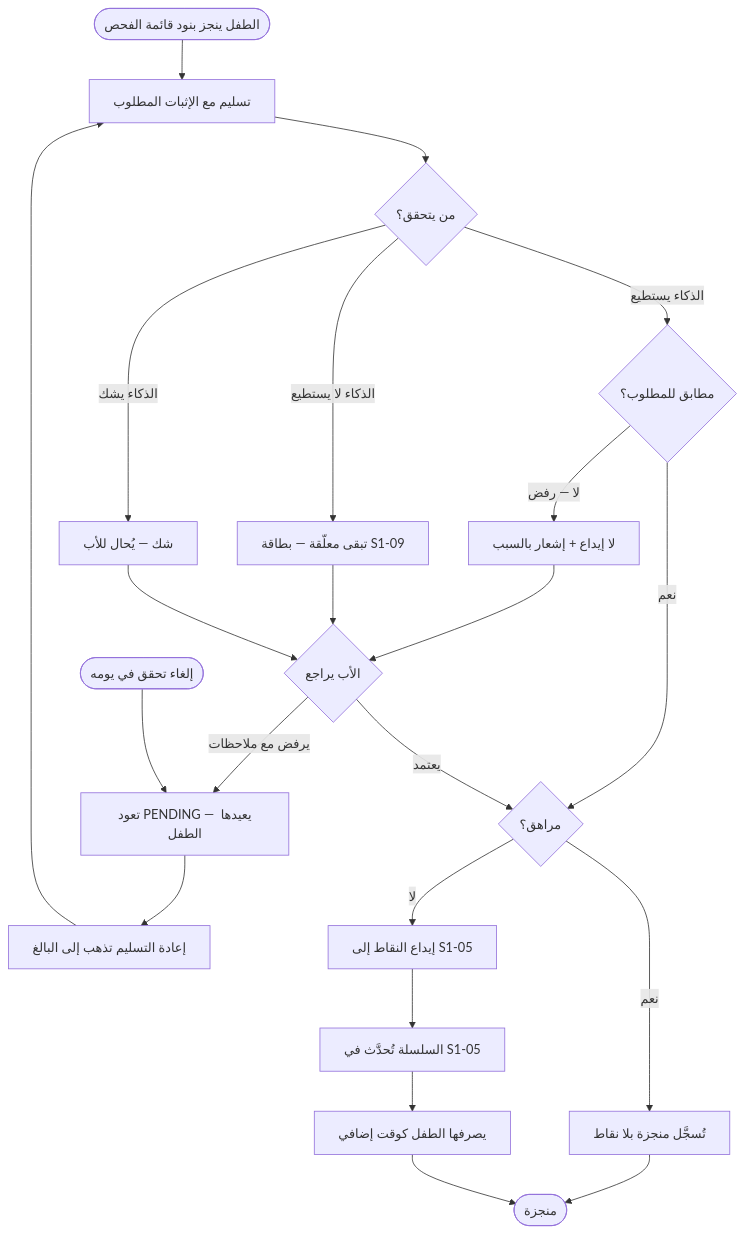
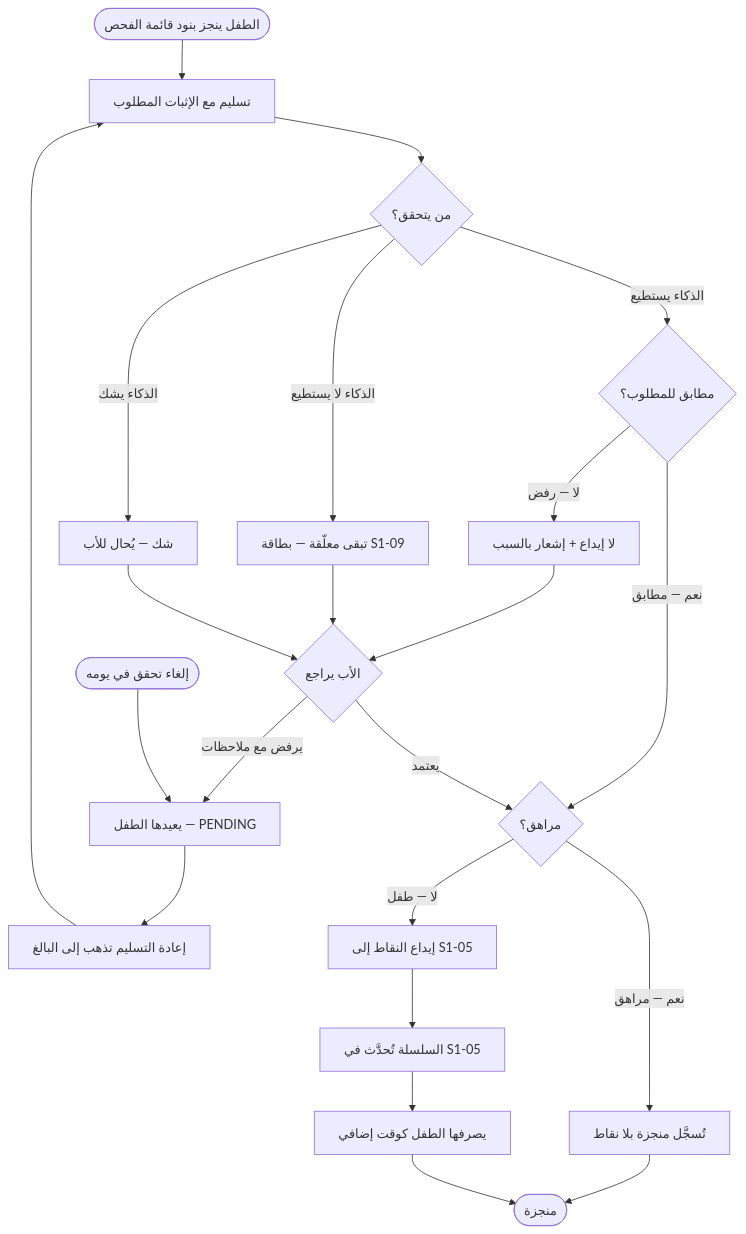
One commit to Bassam-mohammed-alqaeadi/family-os-v2 changed diagram 20 of 30 in docs/family-os/governance/phases/phase-1/S1-06-tasks-and-calendar/DIAGRAMS.md. Above: the diagram before and after it, drawn with Mermaid. The commit also changed other lines of this file, not shown here.

````diff
--- a/docs/family-os/governance/phases/phase-1/S1-06-tasks-and-calendar/DIAGRAMS.md
+++ b/docs/family-os/governance/phases/phase-1/S1-06-tasks-and-calendar/DIAGRAMS.md
@@ -610,24 +722,24 @@
 ```mermaid
 flowchart TD
     Do([الطفل ينجز بنود قائمة الفحص]) --> Submit[تسليم مع الإثبات المطلوب]
     Submit --> Who{من يتحقق؟}
     Who -->|الذكاء يستطيع| AIOK{مطابق للمطلوب؟}
-    AIOK -->|نعم| TeenCheck{مراهق؟}
+    AIOK -->|نعم — مطابق| TeenCheck{مراهق؟}
     AIOK -->|لا — رفض| Notify[لا إيداع + إشعار بالسبب]
     Who -->|الذكاء لا يستطيع| Pending[تبقى معلّقة — بطاقة S1-09]
     Who -->|الذكاء يشك| Doubt[شك — يُحال للأب]
     Doubt --> FatherRev
     Pending --> FatherRev{الأب يراجع}
     FatherRev -->|يعتمد| TeenCheck
-    FatherRev -->|يرفض مع ملاحظات| Back[تعود PENDING — يعيدها الطفل]
+    FatherRev -->|يرفض مع ملاحظات| Back[يعيدها الطفل — PENDING]
     Back --> Redo[إعادة التسليم تذهب إلى البالغ]
     Redo --> Submit
     Notify --> FatherRev
-    TeenCheck -->|نعم| NoEvent[تُسجَّل منجزة بلا نقاط]
-    TeenCheck -->|لا| Deposit[إيداع النقاط إلى S1-05]
+    TeenCheck -->|نعم — مراهق| NoEvent[تُسجَّل منجزة بلا نقاط]
+    TeenCheck -->|لا — طفل| Deposit[إيداع النقاط إلى S1-05]
     Deposit --> Streak[السلسلة تُحدَّث في S1-05]
     Streak --> Spend[يصرفها الطفل كوقت إضافي]
     NoEvent --> End([منجزة])
     Spend --> End
     Revoke([إلغاء تحقق في يومه]) --> Back
 ```
````
